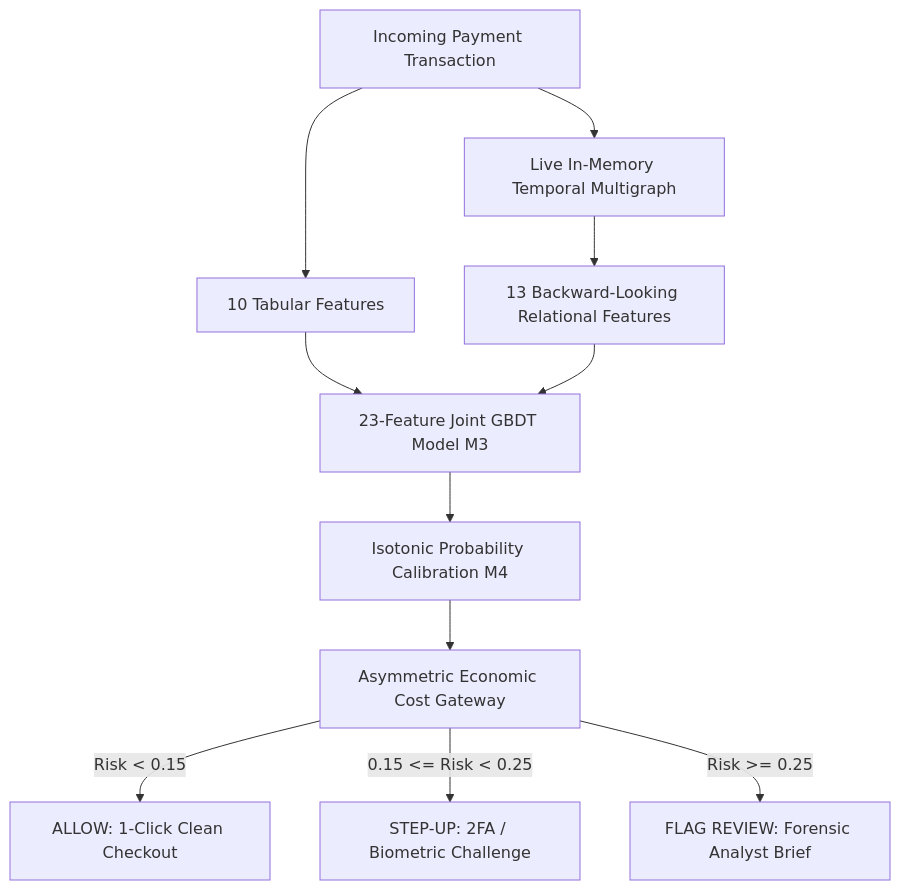
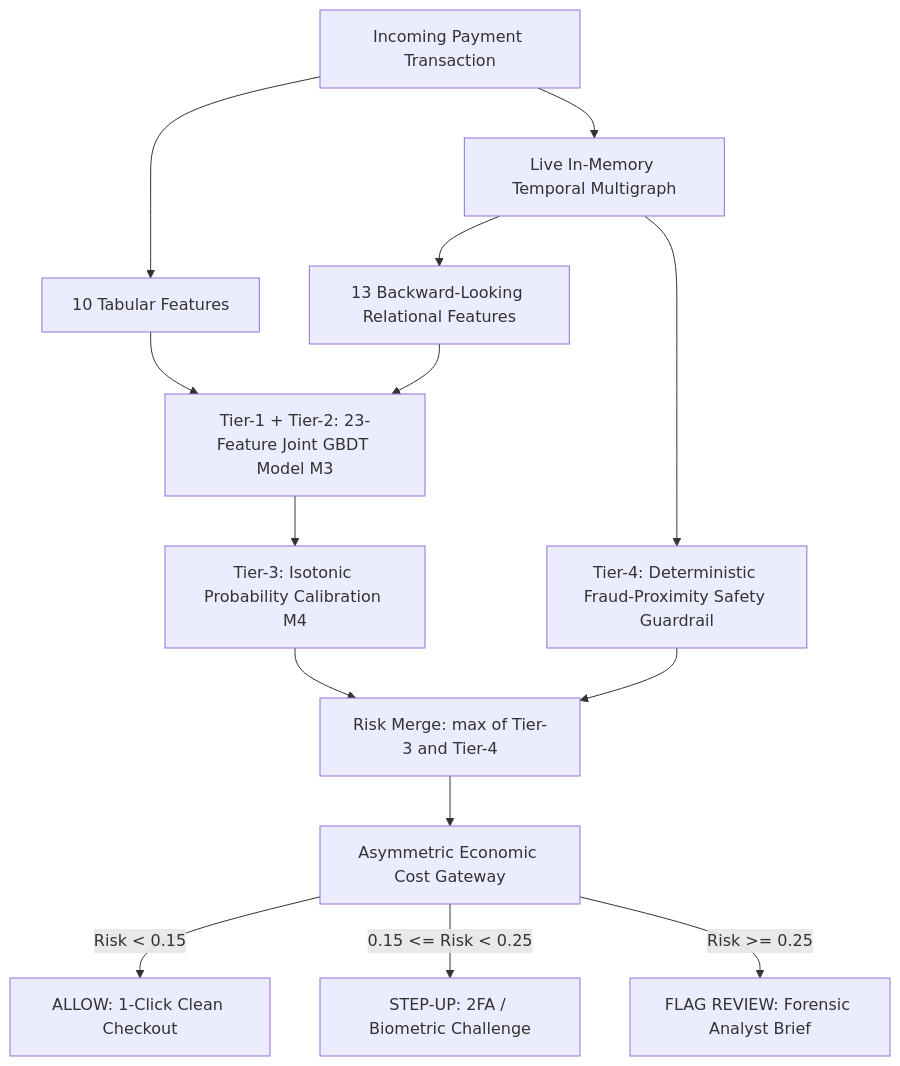
The diagram in README.md (mohit4901/Vyuh), drawn with Mermaid before and after one commit. The commit also changed other lines of this file and 3 other files, not shown here.

Commit message:
fix(audit): resolve ablation naming collision, document tier-4 safety guardrail, and update baseline anchors

````diff
--- a/README.md
+++ b/README.md
@@ -195,16 +201,19 @@
 ```mermaid
 flowchart TD
     Txn[Incoming Payment Transaction] --> TabFeat[10 Tabular Features]
     Txn --> GraphEngine[Live In-Memory Temporal Multigraph]
     GraphEngine --> RelFeat[13 Backward-Looking Relational Features]
     
-    TabFeat --> JointGBDT[23-Feature Joint GBDT Model M3]
+    TabFeat --> JointGBDT[Tier-1 + Tier-2: 23-Feature Joint GBDT Model M3]
     RelFeat --> JointGBDT
     
-    JointGBDT --> Calib[Isotonic Probability Calibration M4]
-    Calib --> CostGateway[Asymmetric Economic Cost Gateway]
+    JointGBDT --> Calib[Tier-3: Isotonic Probability Calibration M4]
+    GraphEngine --> Guardrail[Tier-4: Deterministic Fraud-Proximity Safety Guardrail]
+    Calib --> Merge[Risk Merge: max of Tier-3 and Tier-4]
+    Guardrail --> Merge
+    Merge --> CostGateway[Asymmetric Economic Cost Gateway]
     
     CostGateway -->|Risk < 0.15| Allow[ALLOW: 1-Click Clean Checkout]
     CostGateway -->|0.15 <= Risk < 0.25| StepUp[STEP-UP: 2FA / Biometric Challenge]
     CostGateway -->|Risk >= 0.25| Review[FLAG REVIEW: Forensic Analyst Brief]
 ```
````
